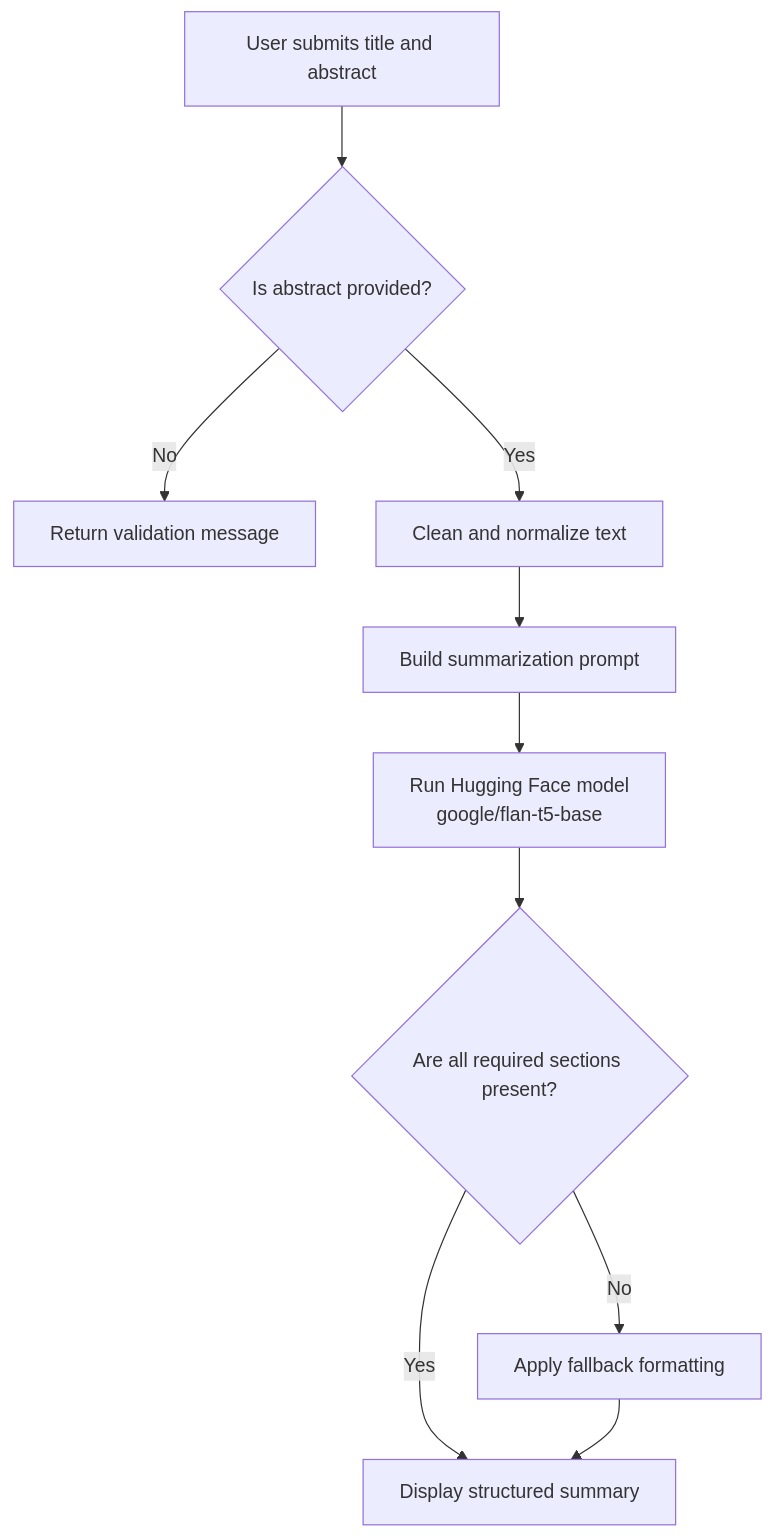
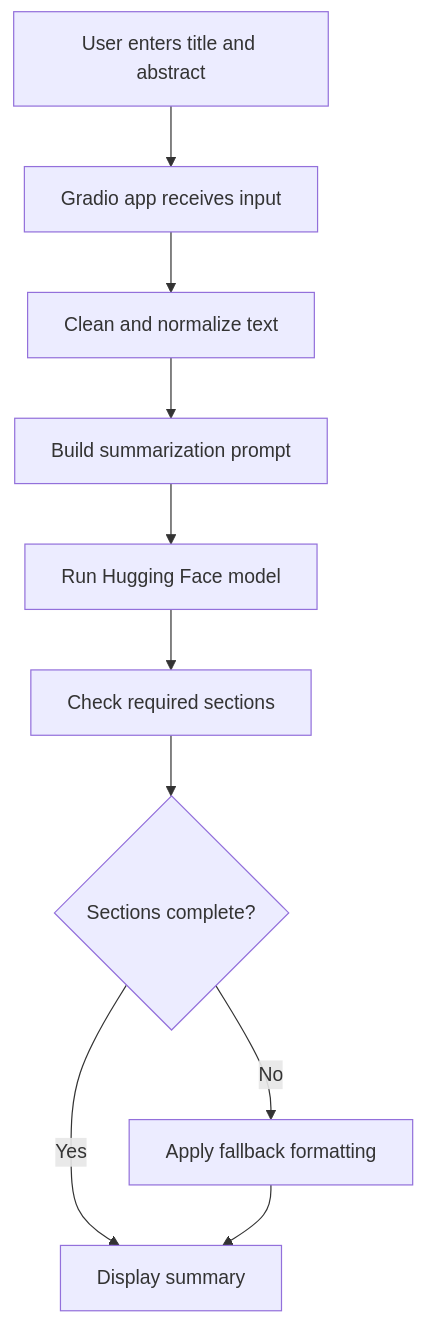
The diagram in README.md (JobinJohn24/Scientific-Paper-Summarizer), drawn with Mermaid before and after one commit. The commit also changed other lines of this file, not shown here.

````diff
--- a/README.md
+++ b/README.md
@@ -75,12 +84,13 @@
 ```mermaid
 flowchart TD
-    A["User submits title and abstract"] --> B{"Is abstract provided?"}
-    B -- No --> C["Return validation message"]
-    B -- Yes --> D["Clean and normalize text"]
-    D --> E["Build summarization prompt"]
-    E --> F["Run Hugging Face model<br/>google/flan-t5-base"]
-    F --> G{"Are all required sections present?"}
-    G -- Yes --> H["Display structured summary"]
+    A["User enters title and abstract"]
+    A --> B["Gradio app receives input"]
+    B --> C["Clean and normalize text"]
+    C --> D["Build summarization prompt"]
+    D --> E["Run Hugging Face model"]
+    E --> F["Check required sections"]
+    F --> G{"Sections complete?"}
+    G -- Yes --> H["Display summary"]
     G -- No --> I["Apply fallback formatting"]
     I --> H
 ```
````
